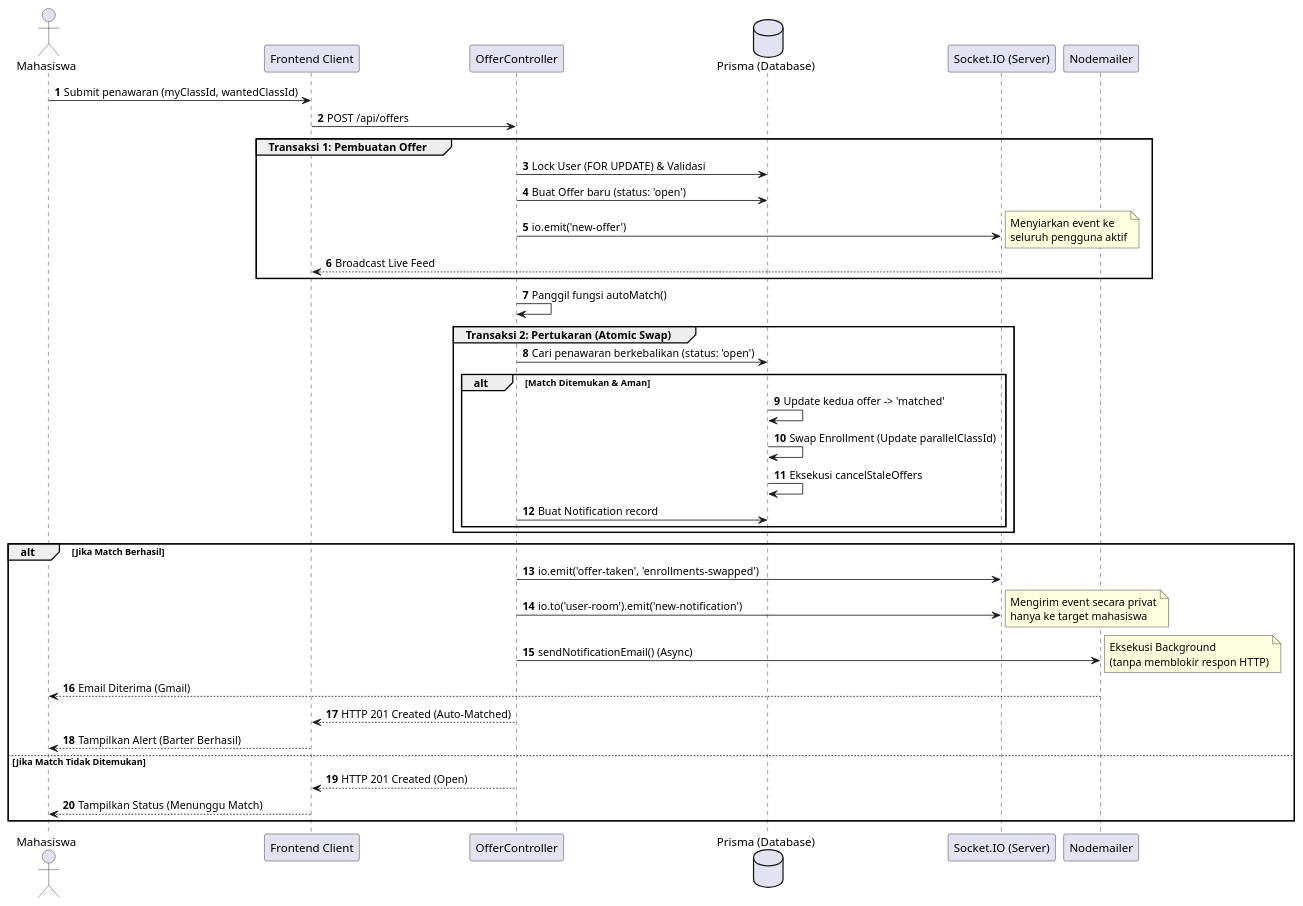
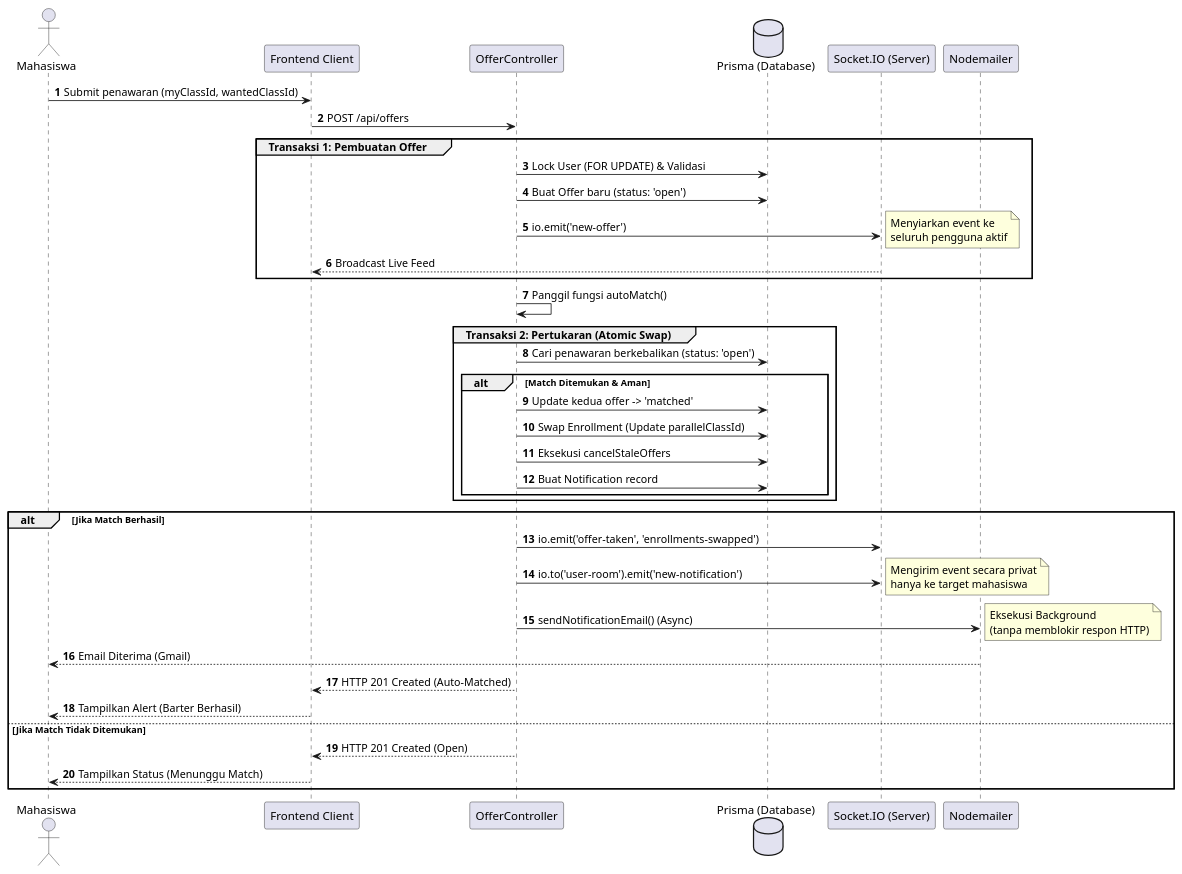
Before and after one commit to gimigkk/KRSwitch-backend: the fourth of 4 diagrams in laporan_akhir_bab_3_barter.md, drawn with PlantUML. The commit also changed other lines of this file, not shown here.

````diff
--- a/laporan_akhir_bab_3_barter.md
+++ b/laporan_akhir_bab_3_barter.md
@@ -190,48 +192,48 @@
 ```plantuml
 @startuml
 autonumber
 actor "Mahasiswa" as M
 participant "Frontend Client" as F
 participant "OfferController" as C
 database "Prisma (Database)" as DB
 participant "Socket.IO (Server)" as WS
 participant "Nodemailer" as Mail
 
 M -> F: Submit penawaran (myClassId, wantedClassId)
 F -> C: POST /api/offers
 
 group Transaksi 1: Pembuatan Offer
     C -> DB: Lock User (FOR UPDATE) & Validasi
     C -> DB: Buat Offer baru (status: 'open')
     C -> WS: io.emit('new-offer')
     note right: Menyiarkan event ke\nseluruh pengguna aktif
     WS --> F: Broadcast Live Feed
 end
 
 C -> C: Panggil fungsi autoMatch()
 
 group Transaksi 2: Pertukaran (Atomic Swap)
     C -> DB: Cari penawaran berkebalikan (status: 'open')
     alt Match Ditemukan & Aman
-        DB -> DB: Update kedua offer -> 'matched'
-        DB -> DB: Swap Enrollment (Update parallelClassId)
-        DB -> DB: Eksekusi cancelStaleOffers
+        C -> DB: Update kedua offer -> 'matched'
+        C -> DB: Swap Enrollment (Update parallelClassId)
+        C -> DB: Eksekusi cancelStaleOffers
         C -> DB: Buat Notification record
     end
 end
 
 alt Jika Match Berhasil
     C -> WS: io.emit('offer-taken', 'enrollments-swapped')
     C -> WS: io.to('user-room').emit('new-notification')
     note right: Mengirim event secara privat\nhanya ke target mahasiswa
     C -> Mail: sendNotificationEmail() (Async)
     note right: Eksekusi Background\n(tanpa memblokir respon HTTP)
     Mail --> M: Email Diterima (Gmail)
     C --> F: HTTP 201 Created (Auto-Matched)
     F --> M: Tampilkan Alert (Barter Berhasil)
 else Jika Match Tidak Ditemukan
     C --> F: HTTP 201 Created (Open)
     F --> M: Tampilkan Status (Menunggu Match)
 end
 @enduml
 ```
````
